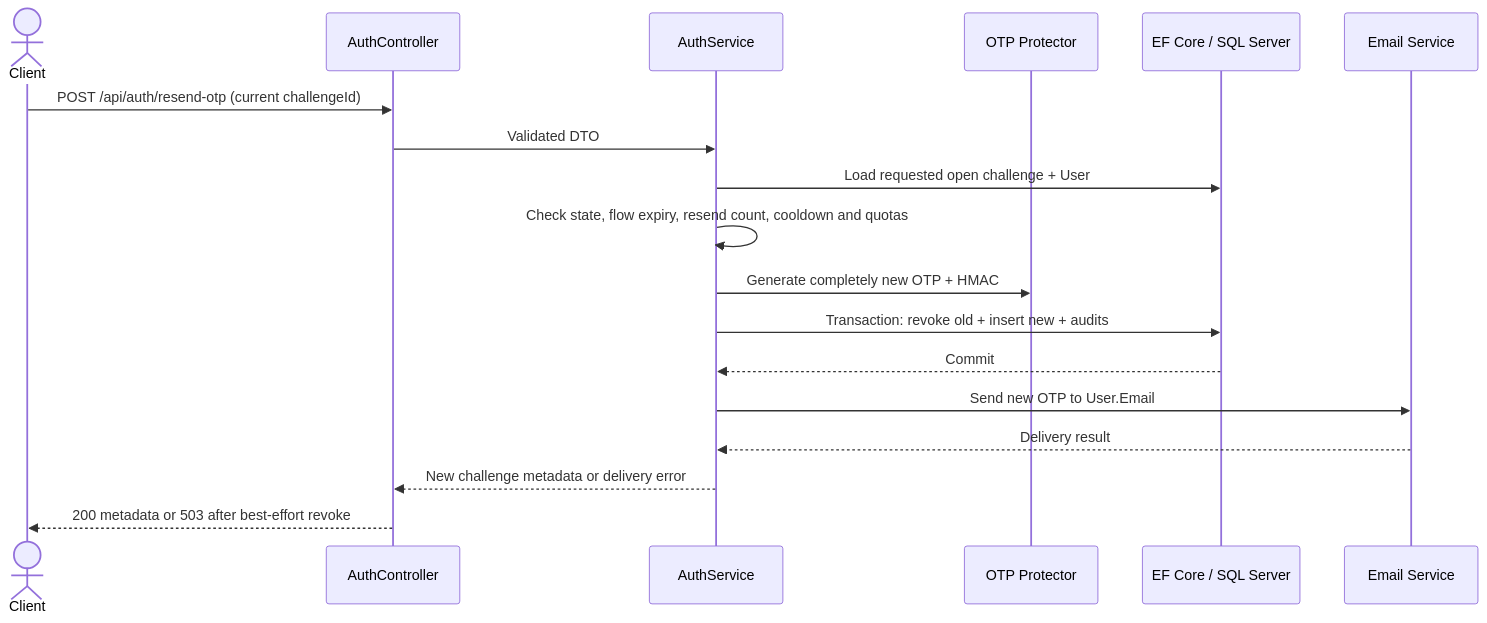
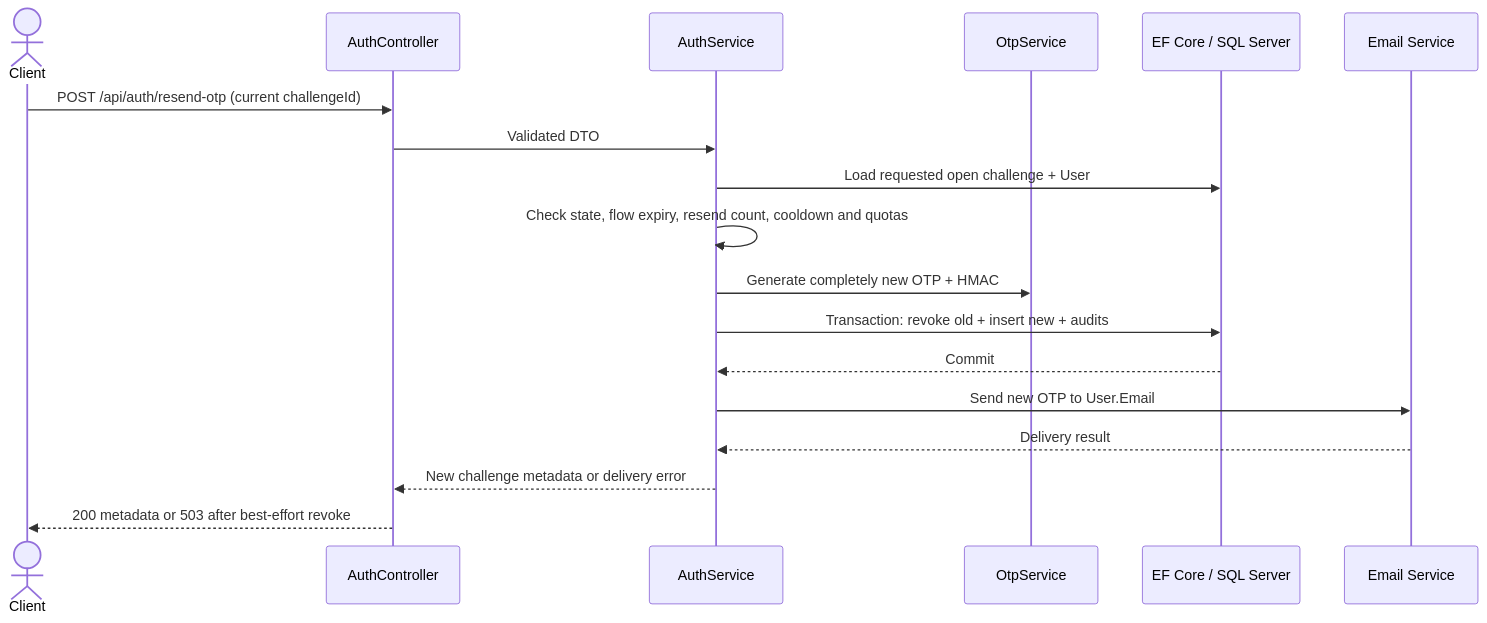
One commit to ThanhTM68/otp-auth-system changed the fifth of 5 diagrams in docs/ARCHITECTURE.md. Above: the diagram before and after it, drawn with Mermaid. The commit also changed other lines of this file and 15 other files, not shown here.

````diff
--- a/docs/ARCHITECTURE.md
+++ b/docs/ARCHITECTURE.md
@@ -247,21 +246,21 @@
 ```mermaid
 sequenceDiagram
     actor C as Client
     participant AC as AuthController
     participant AS as AuthService
-    participant OP as OTP Protector
+    participant OS as OtpService
     participant DB as EF Core / SQL Server
     participant ES as Email Service
 
     C->>AC: POST /api/auth/resend-otp (current challengeId)
     AC->>AS: Validated DTO
     AS->>DB: Load requested open challenge + User
     AS->>AS: Check state, flow expiry, resend count, cooldown and quotas
-    AS->>OP: Generate completely new OTP + HMAC
+    AS->>OS: Generate completely new OTP + HMAC
     AS->>DB: Transaction: revoke old + insert new + audits
     DB-->>AS: Commit
     AS->>ES: Send new OTP to User.Email
     ES-->>AS: Delivery result
     AS-->>AC: New challenge metadata or delivery error
     AC-->>C: 200 metadata or 503 after best-effort revoke
 ```
````
